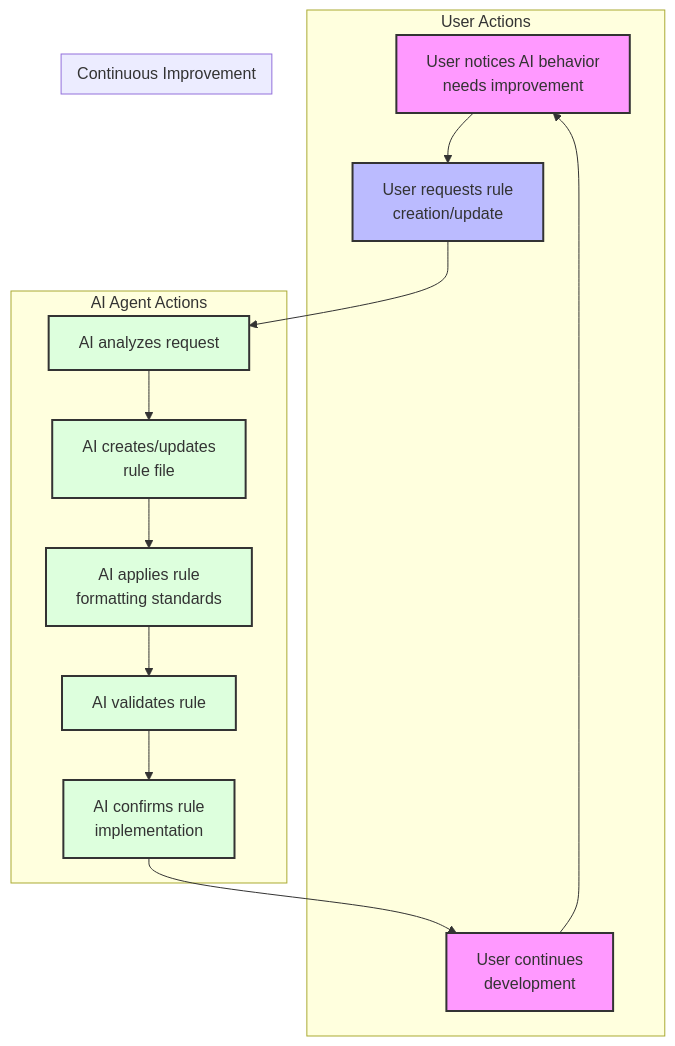
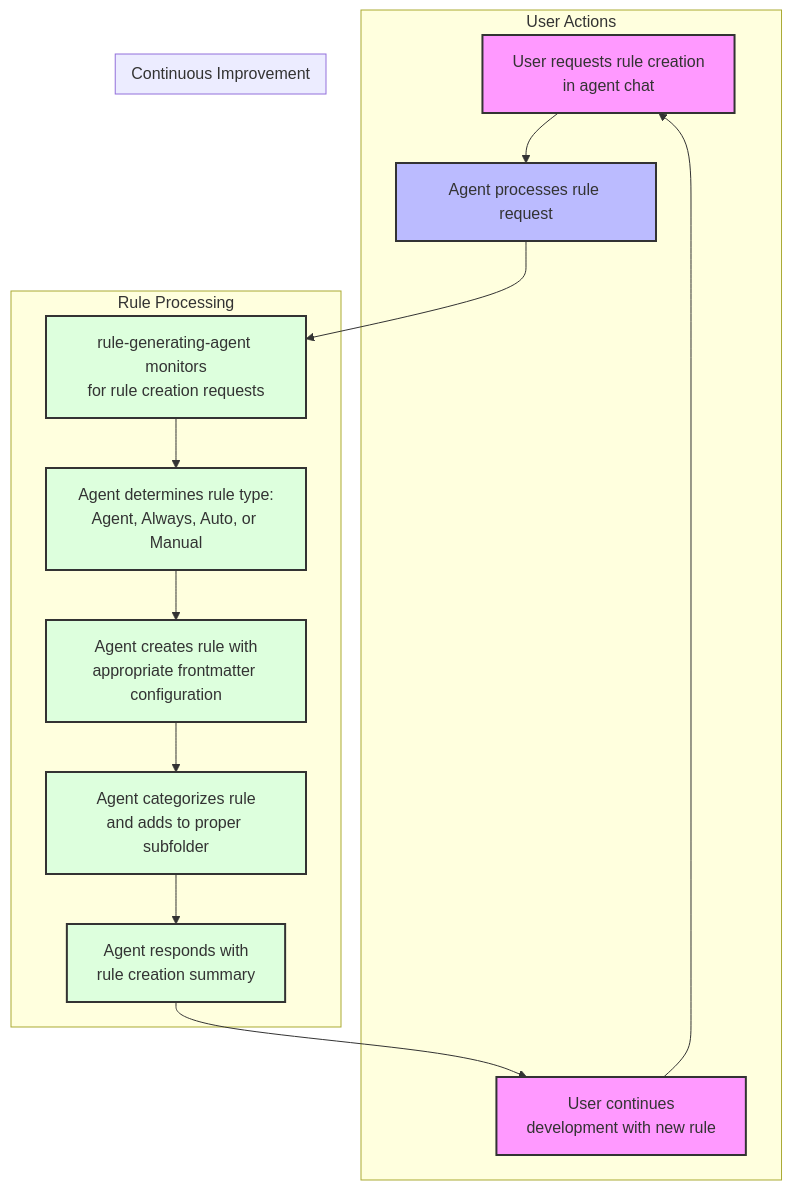
Before and after one commit to sparklepop/cursor-auto-rules-agile-workflow: the diagram in readme.md, drawn with Mermaid. The commit also changed other lines of this file, not shown here.

````diff
--- a/readme.md
+++ b/readme.md
@@ -101,28 +108,28 @@
 ```mermaid
 graph TD
     subgraph User Actions
-        A[User notices AI behavior<br>needs improvement] --> B[User requests rule<br>creation/update]
-        H[User continues<br>development] --> A
+        A[User requests rule creation<br>in agent chat] --> B[Agent processes rule request]
+        H[User continues<br>development with new rule] --> A
     end
 
-    subgraph AI Agent Actions
-        B --> C[AI analyzes request]
-        C --> D[AI creates/updates<br>rule file]
-        D --> E[AI applies rule<br>formatting standards]
-        E --> F[AI validates rule]
-        F --> G[AI confirms rule<br>implementation]
+    subgraph Rule Processing
+        B --> C[rule-generating-agent monitors<br>for rule creation requests]
+        C --> D[Agent determines rule type:<br>Agent, Always, Auto, or Manual]
+        D --> E[Agent creates rule with<br>appropriate frontmatter configuration]
+        E --> F[Agent categorizes rule<br>and adds to proper subfolder]
+        F --> G[Agent responds with<br>rule creation summary]
     end
 
     subgraph Continuous Improvement
         G --> H
     end
 
     style A fill:#f9f,stroke:#333,stroke-width:2px
     style B fill:#bbf,stroke:#333,stroke-width:2px
     style C fill:#dfd,stroke:#333,stroke-width:2px
     style D fill:#dfd,stroke:#333,stroke-width:2px
     style E fill:#dfd,stroke:#333,stroke-width:2px
     style F fill:#dfd,stroke:#333,stroke-width:2px
     style G fill:#dfd,stroke:#333,stroke-width:2px
     style H fill:#f9f,stroke:#333,stroke-width:2px
 ```
````
